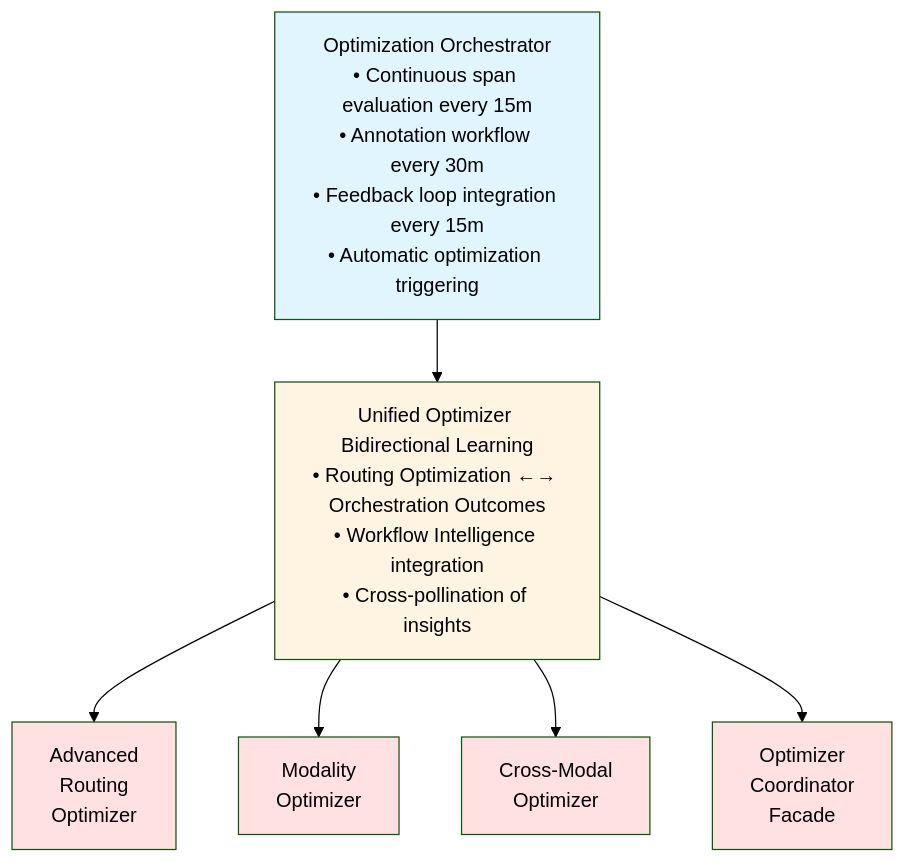
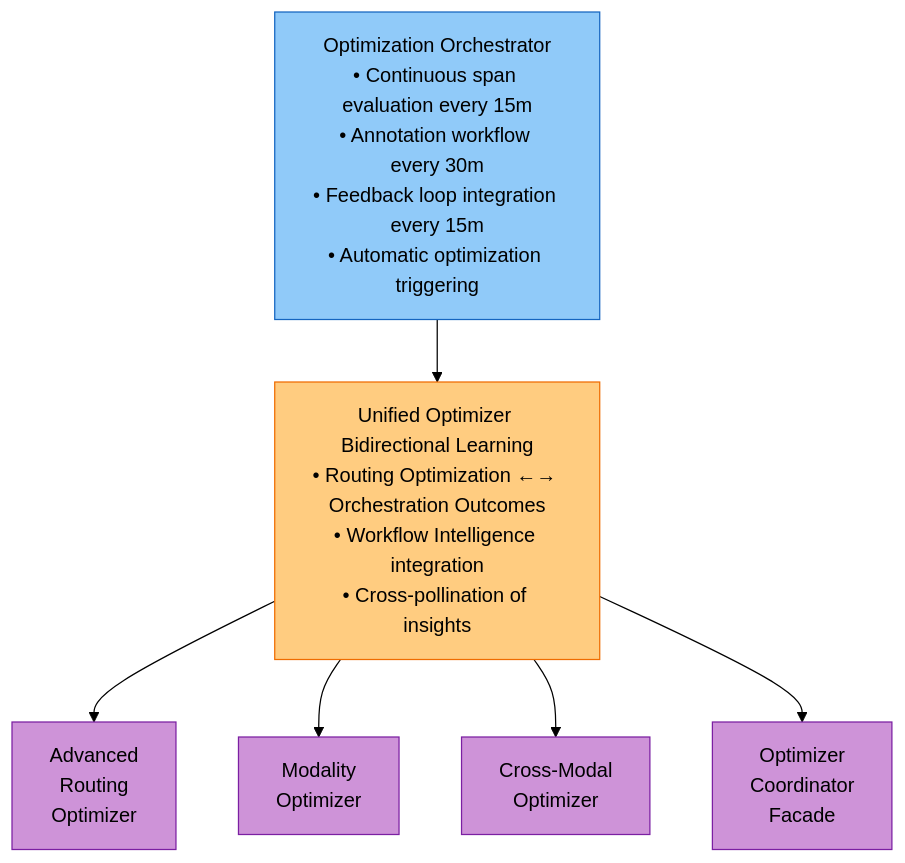
Before and after one commit to amit-jain/cogniverse: the first of 4 diagrams in docs/modules/optimization.md, drawn with Mermaid (forest theme). The commit also changed other lines of this file and 83 other files, not shown here.

First line of the commit message:
Fix documentation veracity, formatting, and diagrams across all modules

````diff
--- a/docs/modules/optimization.md
+++ b/docs/modules/optimization.md
@@ -81,18 +83,18 @@
 ```mermaid
-graph TB
-    Orchestrator[Optimization Orchestrator<br/>• Continuous span evaluation every 15m<br/>• Annotation workflow every 30m<br/>• Feedback loop integration every 15m<br/>• Automatic optimization triggering]
+flowchart TB
+    Orchestrator["<span style='color:#000'>Optimization Orchestrator<br/>• Continuous span evaluation every 15m<br/>• Annotation workflow every 30m<br/>• Feedback loop integration every 15m<br/>• Automatic optimization triggering</span>"]
 
-    Orchestrator --> Unified[Unified Optimizer Bidirectional Learning<br/>• Routing Optimization ←→ Orchestration Outcomes<br/>• Workflow Intelligence integration<br/>• Cross-pollination of insights]
+    Orchestrator --> Unified["<span style='color:#000'>Unified Optimizer Bidirectional Learning<br/>• Routing Optimization ←→ Orchestration Outcomes<br/>• Workflow Intelligence integration<br/>• Cross-pollination of insights</span>"]
 
-    Unified --> AdvRouting[Advanced<br/>Routing<br/>Optimizer]
-    Unified --> Modality[Modality<br/>Optimizer]
-    Unified --> CrossModal[Cross-Modal<br/>Optimizer]
-    Unified --> Coordinator[Optimizer<br/>Coordinator<br/>Facade]
+    Unified --> AdvRouting["<span style='color:#000'>Advanced<br/>Routing<br/>Optimizer</span>"]
+    Unified --> Modality["<span style='color:#000'>Modality<br/>Optimizer</span>"]
+    Unified --> CrossModal["<span style='color:#000'>Cross-Modal<br/>Optimizer</span>"]
+    Unified --> Coordinator["<span style='color:#000'>Optimizer<br/>Coordinator<br/>Facade</span>"]
 
-    style Orchestrator fill:#e1f5ff
-    style Unified fill:#fff4e1
-    style AdvRouting fill:#ffe1e1
-    style Modality fill:#ffe1e1
-    style CrossModal fill:#ffe1e1
-    style Coordinator fill:#ffe1e1
+    style Orchestrator fill:#90caf9,stroke:#1565c0,color:#000
+    style Unified fill:#ffcc80,stroke:#ef6c00,color:#000
+    style AdvRouting fill:#ce93d8,stroke:#7b1fa2,color:#000
+    style Modality fill:#ce93d8,stroke:#7b1fa2,color:#000
+    style CrossModal fill:#ce93d8,stroke:#7b1fa2,color:#000
+    style Coordinator fill:#ce93d8,stroke:#7b1fa2,color:#000
 ```
````
